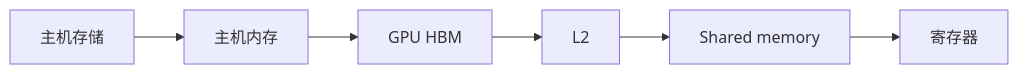
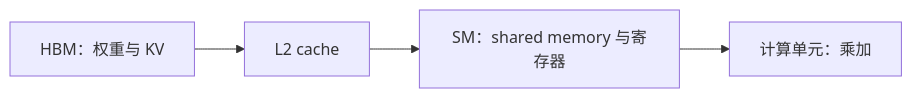
One commit to cyberspacelee/llms-from-scratch changed the diagram in site/src/content/lessons/systems/accelerator.mdx. Above: the diagram before and after it, drawn with Mermaid. The commit also changed other lines of this file and 140 other files, not shown here.

````diff
--- a/site/src/content/lessons/systems/accelerator.mdx
+++ b/site/src/content/lessons/systems/accelerator.mdx
@@ -16,8 +16,6 @@
 ```mermaid
 flowchart LR
-  disk[主机存储] --> dram[主机内存]
-  dram --> hbm[GPU HBM]
-  hbm --> l2[L2]
-  l2 --> smem[Shared memory]
-  smem --> reg[寄存器]
+  HBM[HBM：权重与 KV] --> L2[L2 cache]
+  L2 --> SM[SM：shared memory 与寄存器]
+  SM --> TC[计算单元：乘加]
 ```
````
